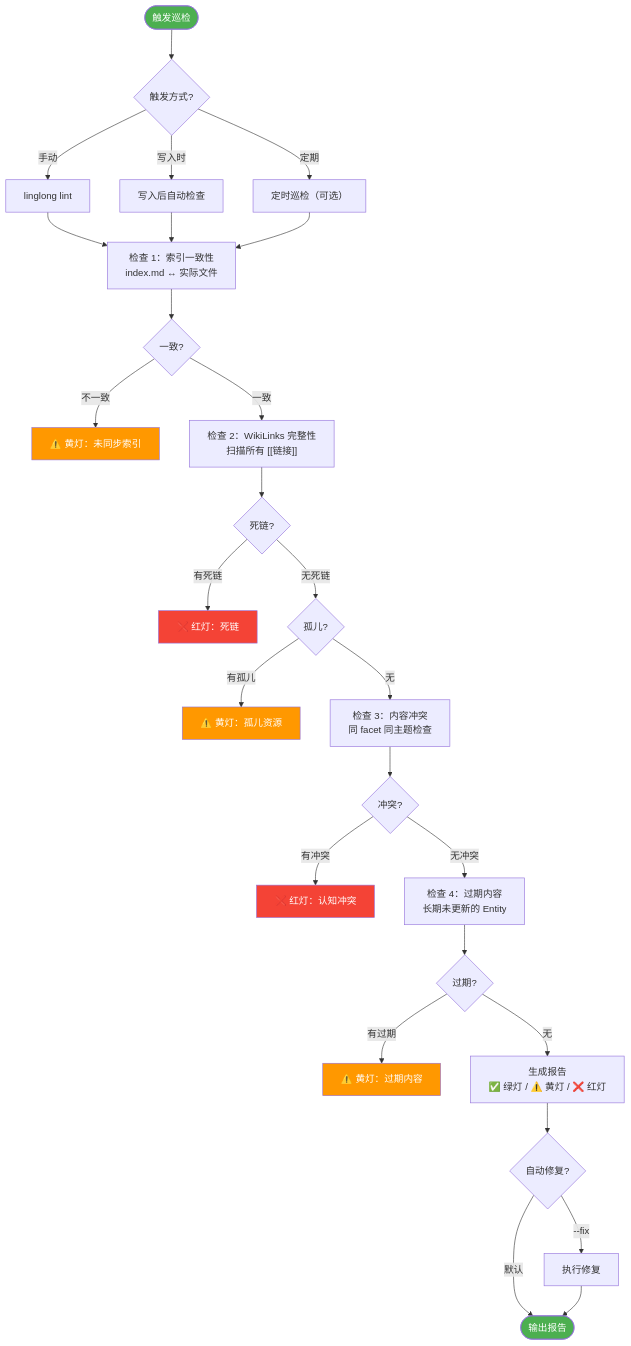
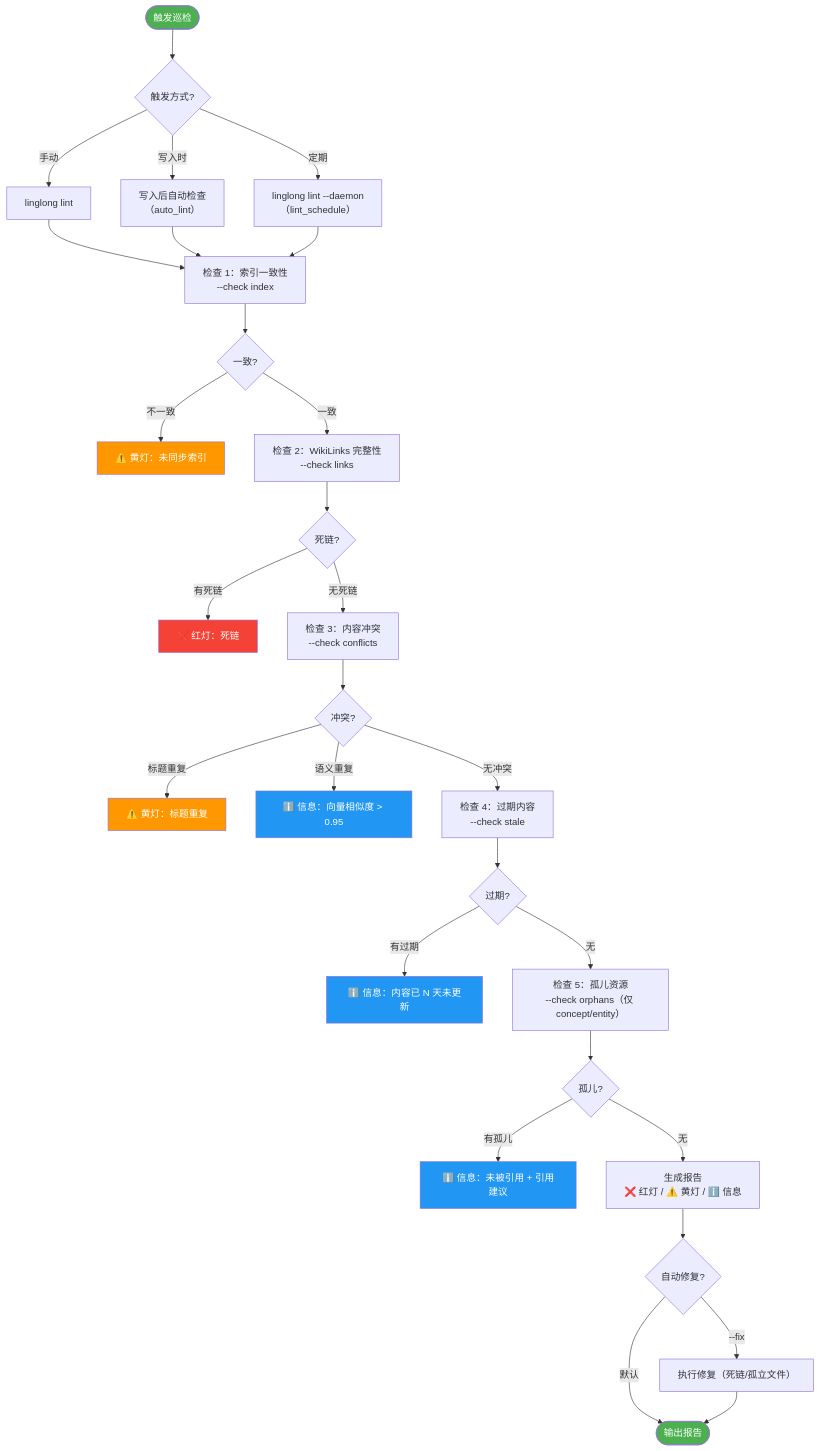
One commit to xinovate/linglong-knowledge changed the diagram in docs/knowledge/design/05-lint.md. Above: the diagram before and after it, drawn with Mermaid. The commit also changed other lines of this file and 12 other files, not shown here.

First line of the commit message:
feat(lint): 巡检增强 — 孤儿检测、语义去重、定期调度、--check 过滤

````diff
--- a/docs/knowledge/design/05-lint.md
+++ b/docs/knowledge/design/05-lint.md
@@ -17,48 +17,53 @@
 ```mermaid
 flowchart TD
     Start([触发巡检]) --> Trigger{"触发方式?"}
     Trigger -->|手动| Manual["linglong lint"]
-    Trigger -->|写入时| WriteHook["写入后自动检查"]
-    Trigger -->|定期| Cron["定时巡检（可选）"]
+    Trigger -->|写入时| WriteHook["写入后自动检查<br/>（auto_lint）"]
+    Trigger -->|定期| Cron["linglong lint --daemon<br/>（lint_schedule）"]
 
     Manual --> Step1
     WriteHook --> Step1
     Cron --> Step1
 
-    Step1["检查 1：索引一致性<br/>index.md ↔ 实际文件"]
+    Step1["检查 1：索引一致性<br/>--check index"]
     Step1 --> R1{"一致?"}
     R1 -->|不一致| W1["⚠️ 黄灯：未同步索引"]
     R1 -->|一致| Step2
 
-    Step2["检查 2：WikiLinks 完整性<br/>扫描所有 [[链接]]"]
+    Step2["检查 2：WikiLinks 完整性<br/>--check links"]
     Step2 --> R2{"死链?"}
     R2 -->|有死链| E1["❌ 红灯：死链"]
-    R2 -->|无死链| R2b{"孤儿?"}
-    R2b -->|有孤儿| W2["⚠️ 黄灯：孤儿资源"]
-    R2b -->|无| Step3
+    R2 -->|无死链| Step3
 
-    Step3["检查 3：内容冲突<br/>同 facet 同主题检查"]
+    Step3["检查 3：内容冲突<br/>--check conflicts"]
     Step3 --> R3{"冲突?"}
-    R3 -->|有冲突| E2["❌ 红灯：认知冲突"]
+    R3 -->|标题重复| W2["⚠️ 黄灯：标题重复"]
+    R3 -->|语义重复| I1["ℹ️ 信息：向量相似度 > 0.95"]
     R3 -->|无冲突| Step4
 
-    Step4["检查 4：过期内容<br/>长期未更新的 Entity"]
+    Step4["检查 4：过期内容<br/>--check stale"]
     Step4 --> R4{"过期?"}
-    R4 -->|有过期| W3["⚠️ 黄灯：过期内容"]
-    R4 -->|无| Report
+    R4 -->|有过期| I2["ℹ️ 信息：内容已 N 天未更新"]
+    R4 -->|无| Step5
 
-    Report["生成报告<br/>✅ 绿灯 / ⚠️ 黄灯 / ❌ 红灯"]
+    Step5["检查 5：孤儿资源<br/>--check orphans（仅 concept/entity）"]
+    Step5 --> R5{"孤儿?"}
+    R5 -->|有孤儿| I3["ℹ️ 信息：未被引用 + 引用建议"]
+    R5 -->|无| Report
+
+    Report["生成报告<br/>❌ 红灯 / ⚠️ 黄灯 / ℹ️ 信息"]
     Report --> Fix{自动修复?}
-    Fix -->|--fix| Execute["执行修复"]
+    Fix -->|--fix| Execute["执行修复（死链/孤立文件）"]
     Fix -->|默认| Done([输出报告])
 
     Execute --> Done
 
     style Start fill:#4CAF50,color:#fff
     style Done fill:#4CAF50,color:#fff
     style E1 fill:#F44336,color:#fff
-    style E2 fill:#F44336,color:#fff
     style W1 fill:#FF9800,color:#fff
     style W2 fill:#FF9800,color:#fff
-    style W3 fill:#FF9800,color:#fff
+    style I1 fill:#2196F3,color:#fff
+    style I2 fill:#2196F3,color:#fff
+    style I3 fill:#2196F3,color:#fff
 ```
````
